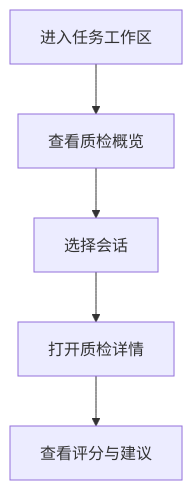
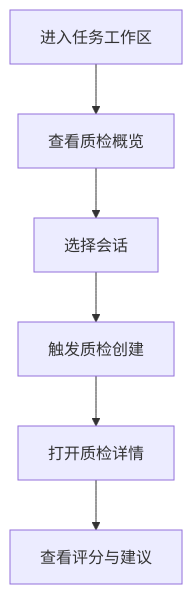
The first of 2 diagrams in docs/prd/2-baseline/2-features/2.6-Quality-Inspection-PRD.md (zqshi/After-sales), drawn with Mermaid before and after one commit. The commit also changed other lines of this file and 4 other files, not shown here.

````diff
--- a/docs/prd/2-baseline/2-features/2.6-Quality-Inspection-PRD.md
+++ b/docs/prd/2-baseline/2-features/2.6-Quality-Inspection-PRD.md
@@ -190,7 +243,8 @@
 ```mermaid
 flowchart TD
     A[进入任务工作区] --> B[查看质检概览]
     B --> C[选择会话]
-    C --> D[打开质检详情]
-    D --> E[查看评分与建议]
+    C --> D[触发质检创建]
+    D --> E[打开质检详情]
+    E --> F[查看评分与建议]
 ```
````
